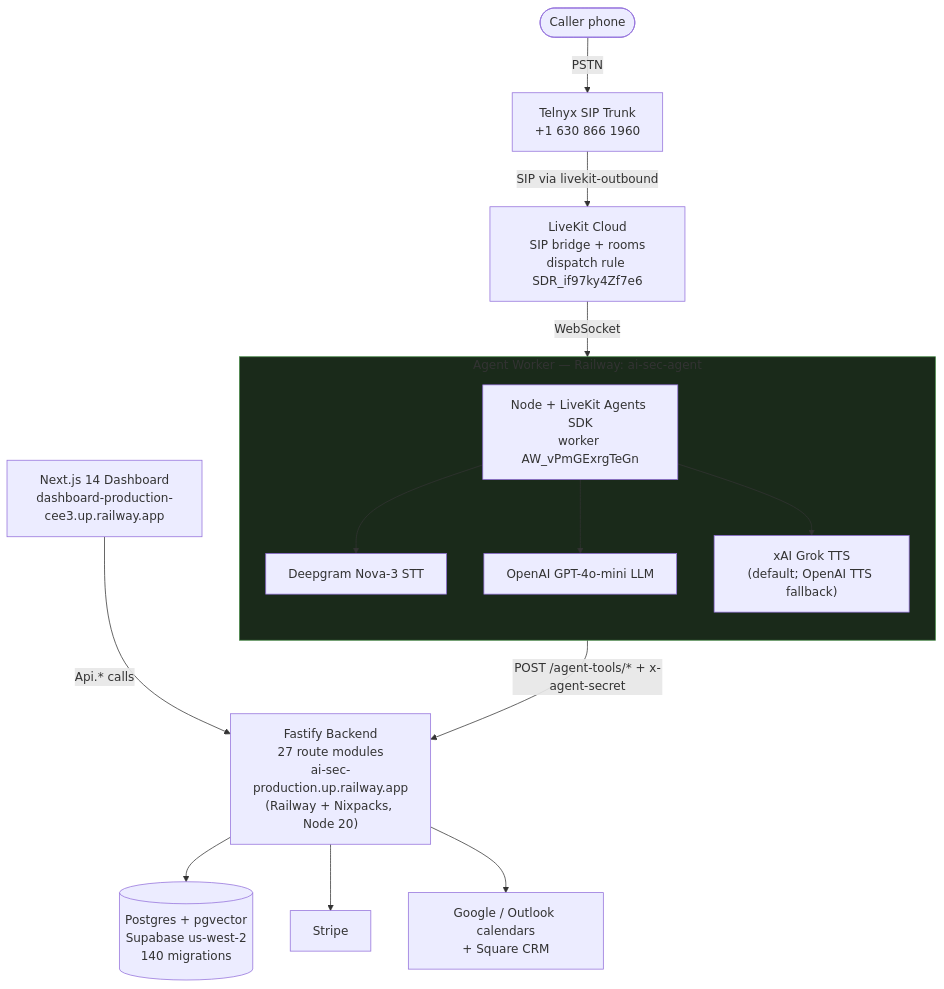
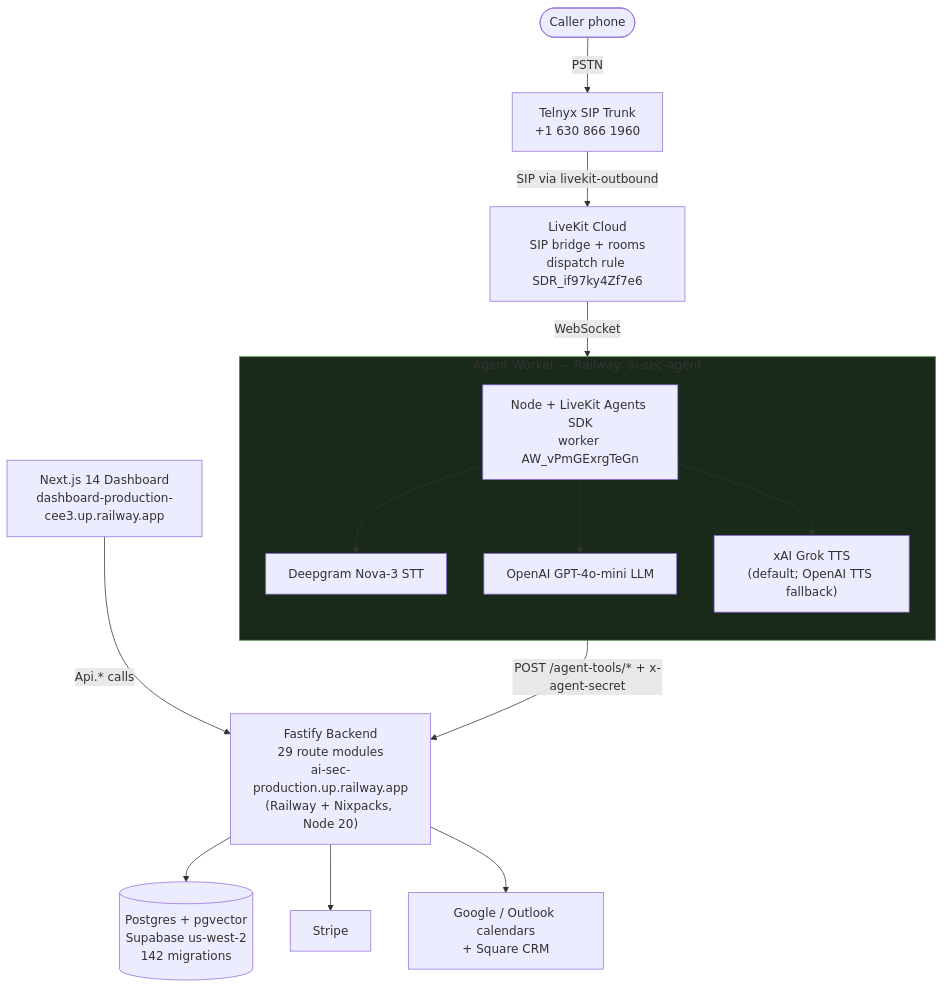
One commit to ddemott/ai-sec changed the first of 11 diagrams in docs/DIAGRAMS.md. Above: the diagram before and after it, drawn with Mermaid. The commit also changed other lines of this file and 49 other files, not shown here.

````diff
--- a/docs/DIAGRAMS.md
+++ b/docs/DIAGRAMS.md
@@ -27,37 +27,37 @@
 ```mermaid
 flowchart TB
   Caller([Caller phone])
   Telnyx["Telnyx SIP Trunk<br/>+1 630 866 1960"]
   Caller -->|PSTN| Telnyx
 
   LiveKit["LiveKit Cloud<br/>SIP bridge + rooms<br/>dispatch rule SDR_if97ky4Zf7e6"]
   Telnyx -->|SIP via livekit-outbound| LiveKit
 
   subgraph agentBox["Agent Worker — Railway: ai-sec-agent"]
     direction TB
     Agent["Node + LiveKit Agents SDK<br/>worker AW_vPmGExrgTeGn"]
     DG["Deepgram Nova-3 STT"]
     OAI["OpenAI GPT-4o-mini LLM"]
     TTS["xAI Grok TTS<br/>(default; OpenAI TTS fallback)"]
     Agent --> DG
     Agent --> OAI
     Agent --> TTS
   end
 
   LiveKit -->|WebSocket| Agent
 
-  Fastify["Fastify Backend<br/>27 route modules<br/>ai-sec-production.up.railway.app<br/>(Railway + Nixpacks, Node 20)"]
+  Fastify["Fastify Backend<br/>29 route modules<br/>ai-sec-production.up.railway.app<br/>(Railway + Nixpacks, Node 20)"]
   Agent -->|POST /agent-tools/* + x-agent-secret| Fastify
 
-  Postgres[("Postgres + pgvector<br/>Supabase us-west-2<br/>140 migrations")]
+  Postgres[("Postgres + pgvector<br/>Supabase us-west-2<br/>142 migrations")]
   Stripe["Stripe"]
   Integrations["Google / Outlook calendars<br/>+ Square CRM"]
   Dashboard["Next.js 14 Dashboard<br/>dashboard-production-cee3.up.railway.app"]
 
   Fastify --> Postgres
   Fastify --> Stripe
   Fastify --> Integrations
   Dashboard -->|Api.* calls| Fastify
 
   style agentBox fill:#1a2a1a,stroke:#484
 ```
````
